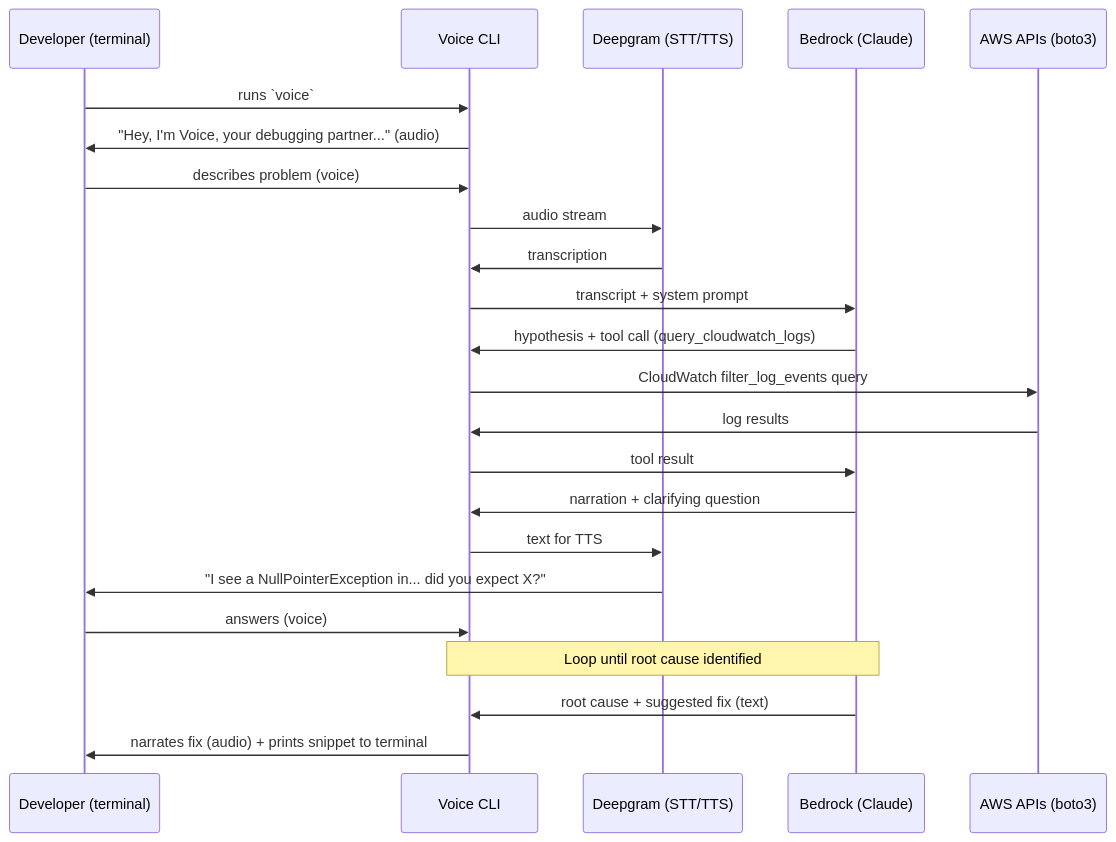
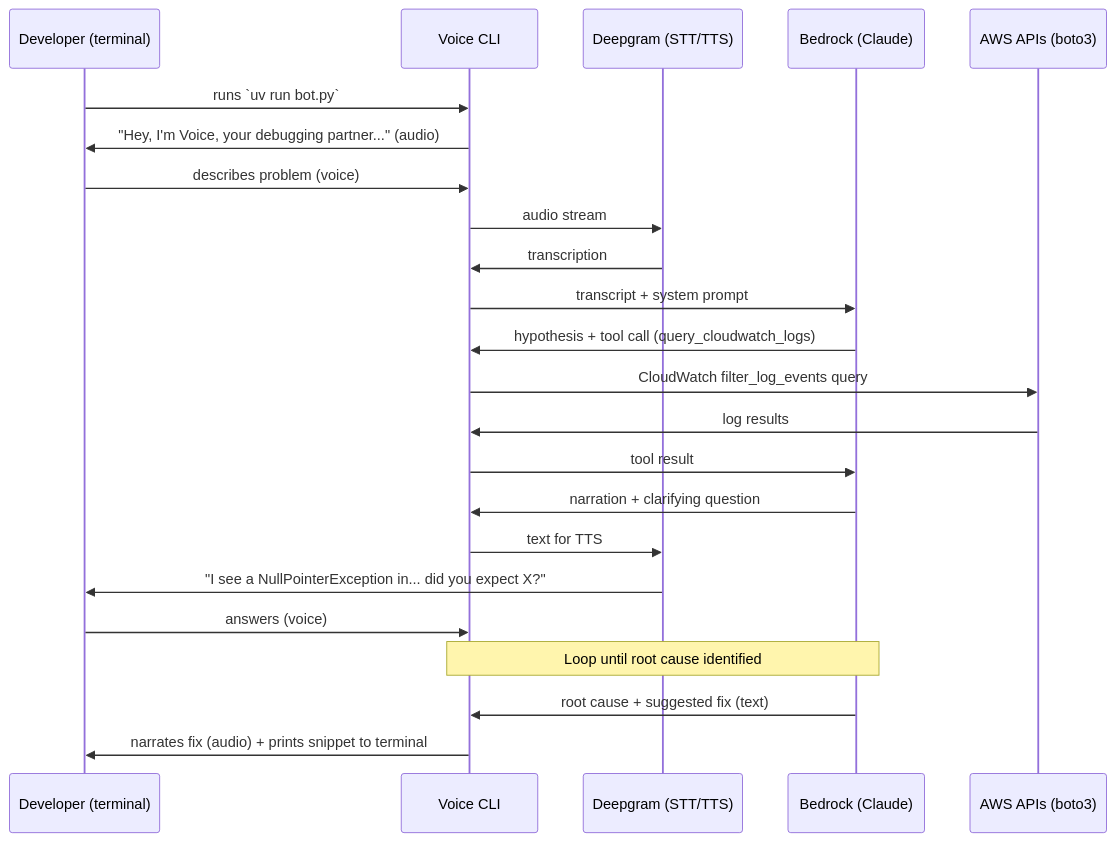
The first of 4 diagrams in ai-coding-assistants/voice-pair-debugger/architecture.md (archive-of-deleted-repositories/wirjo__sample-apj-sup-sa), drawn with Mermaid before and after one commit. The commit also changed other lines of this file and 4 other files, not shown here.

````diff
--- a/ai-coding-assistants/voice-pair-debugger/architecture.md
+++ b/ai-coding-assistants/voice-pair-debugger/architecture.md
@@ -19,26 +8,26 @@
 ```mermaid
 sequenceDiagram
     participant Dev as Developer (terminal)
     participant Voice as Voice CLI
     participant DG as Deepgram (STT/TTS)
     participant LLM as Bedrock (Claude)
     participant AWS as AWS APIs (boto3)
 
-    Dev->>Voice: runs `voice`
+    Dev->>Voice: runs `uv run bot.py`
     Voice->>Dev: "Hey, I'm Voice, your debugging partner..." (audio)
     Dev->>Voice: describes problem (voice)
     Voice->>DG: audio stream
     DG->>Voice: transcription
     Voice->>LLM: transcript + system prompt
     LLM->>Voice: hypothesis + tool call (query_cloudwatch_logs)
     Voice->>AWS: CloudWatch filter_log_events query
     AWS->>Voice: log results
     Voice->>LLM: tool result
     LLM->>Voice: narration + clarifying question
     Voice->>DG: text for TTS
     DG->>Dev: "I see a NullPointerException in... did you expect X?"
     Dev->>Voice: answers (voice)
     Note over Voice,LLM: Loop until root cause identified
     LLM->>Voice: root cause + suggested fix (text)
     Voice->>Dev: narrates fix (audio) + prints snippet to terminal
 ```
````
